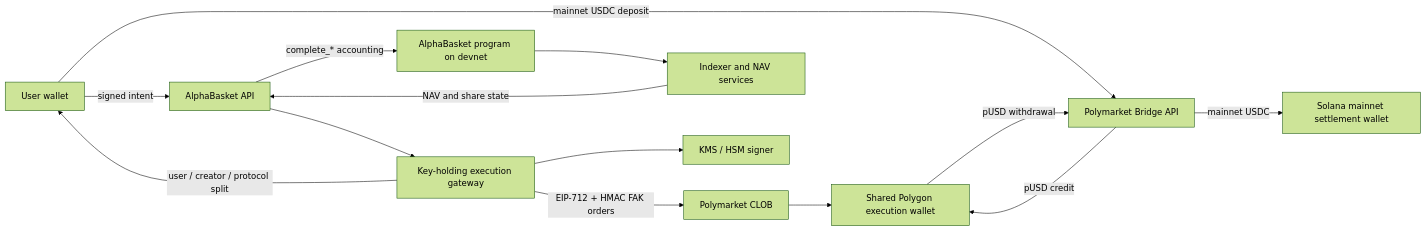
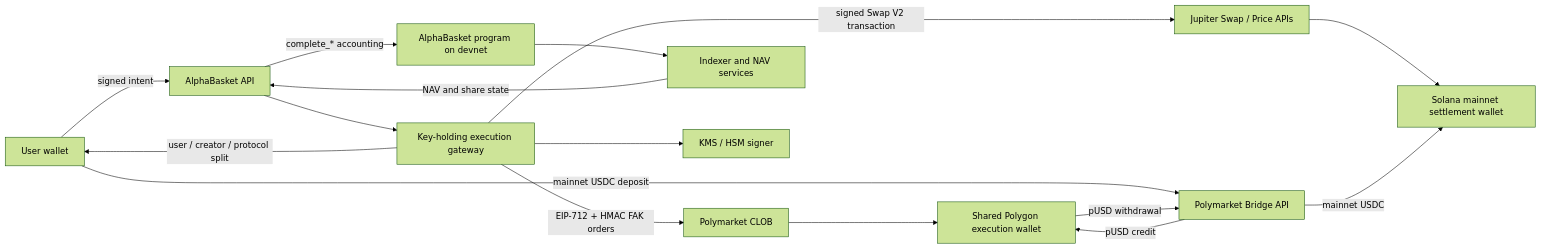
Before and after one commit to ScalperSolana/AlphaBasket: the diagram in README.md, drawn with Mermaid (forest theme). The commit also changed other lines of this file and 2 other files, not shown here.

Commit message:
docs: document Jupiter hybrid deployment and configuration

````diff
--- a/README.md
+++ b/README.md
@@ -19,27 +21,30 @@
 ```mermaid
 flowchart LR
     User["User wallet"]
     API["AlphaBasket API"]
     Bridge["Polymarket Bridge API"]
     CLOB["Polymarket CLOB"]
+    Jupiter["Jupiter Swap / Price APIs"]
     Polygon["Shared Polygon execution wallet"]
     Settlement["Solana mainnet settlement wallet"]
     Program["AlphaBasket program on devnet"]
     Indexer["Indexer and NAV services"]
     Gateway["Key-holding execution gateway"]
     Signer["KMS / HSM signer"]
 
     User -->|"signed intent"| API
     User -->|"mainnet USDC deposit"| Bridge
     Bridge -->|"pUSD credit"| Polygon
     API --> Gateway
     Gateway --> Signer
     Gateway -->|"EIP-712 + HMAC FAK orders"| CLOB
+    Gateway -->|"signed Swap V2 transaction"| Jupiter
     CLOB --> Polygon
+    Jupiter --> Settlement
     Polygon -->|"pUSD withdrawal"| Bridge
     Bridge -->|"mainnet USDC"| Settlement
     Gateway -->|"user / creator / protocol split"| User
     API -->|"complete_* accounting"| Program
     Program --> Indexer
     Indexer -->|"NAV and share state"| API
 ```
````
